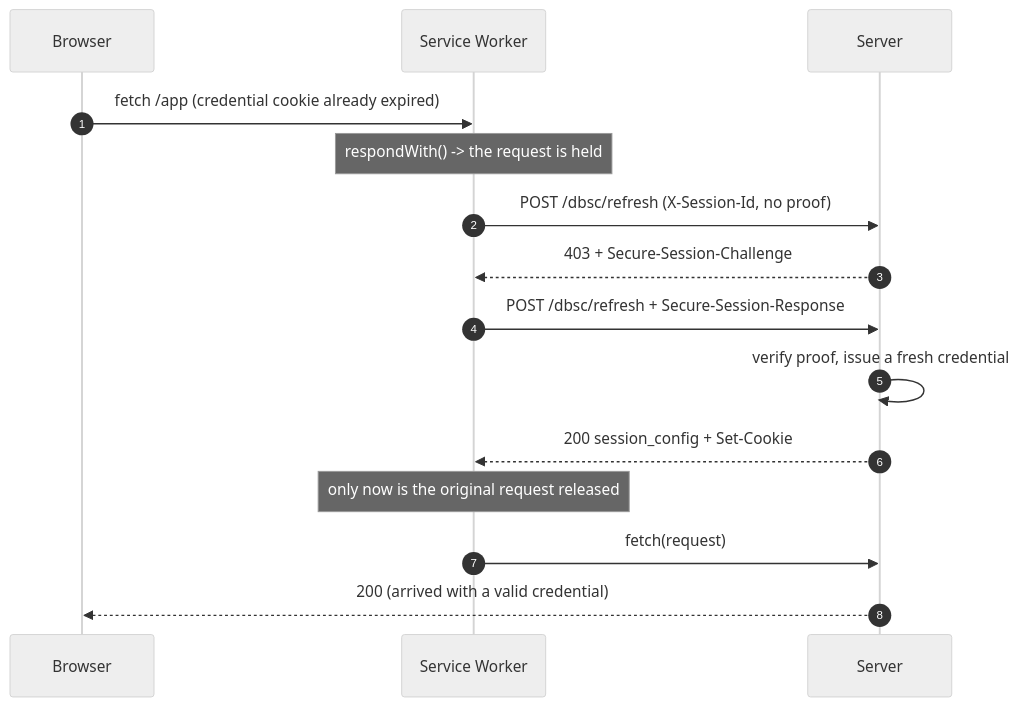
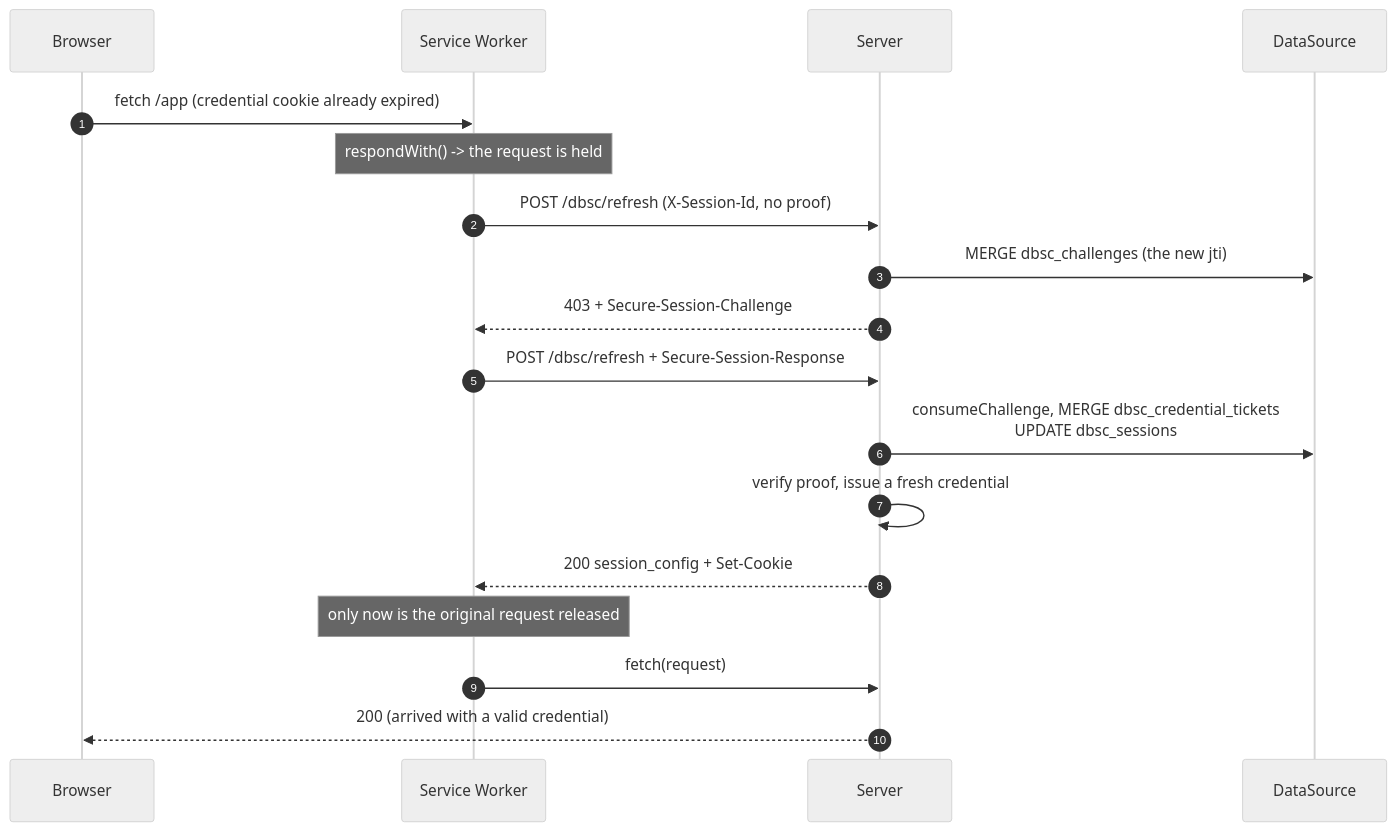
Before and after one commit to yuukioosaka/spring-dbsc: diagram 11 of 12 in README.md, drawn with Mermaid (neutral theme). The commit also changed other lines of this file, not shown here.

First line of the commit message:
README: fix the login/registration cookie story and add storage to the diagrams

````diff
--- a/README.md
+++ b/README.md
@@ -1497,18 +1557,21 @@
 ```mermaid
 sequenceDiagram
     autonumber
     participant B as Browser
     participant W as Service Worker
     participant S as Server
+    participant D as DataSource
 
     B->>W: fetch /app  (credential cookie already expired)
     Note over W: respondWith() -> the request is held
     W->>S: POST /dbsc/refresh  (X-Session-Id, no proof)
+    S->>D: MERGE dbsc_challenges (the new jti)
     S-->>W: 403 + Secure-Session-Challenge
     W->>S: POST /dbsc/refresh + Secure-Session-Response
+    S->>D: consumeChallenge, MERGE dbsc_credential_tickets<br/>UPDATE dbsc_sessions
     S->>S: verify proof, issue a fresh credential
     S-->>W: 200 session_config + Set-Cookie
     Note over W: only now is the original request released
     W->>S: fetch(request)
     S-->>B: 200  (arrived with a valid credential)
 ```
````
